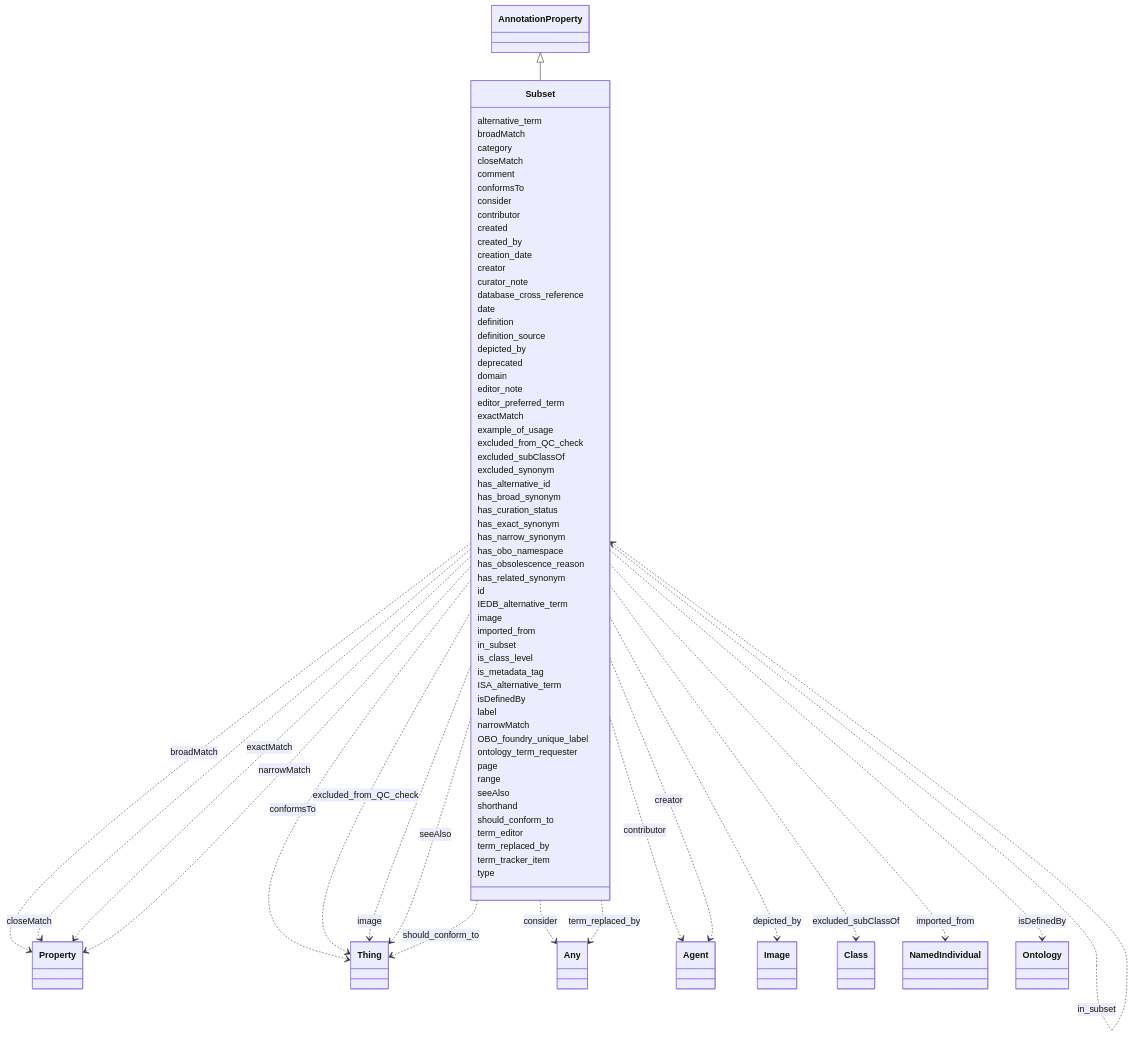
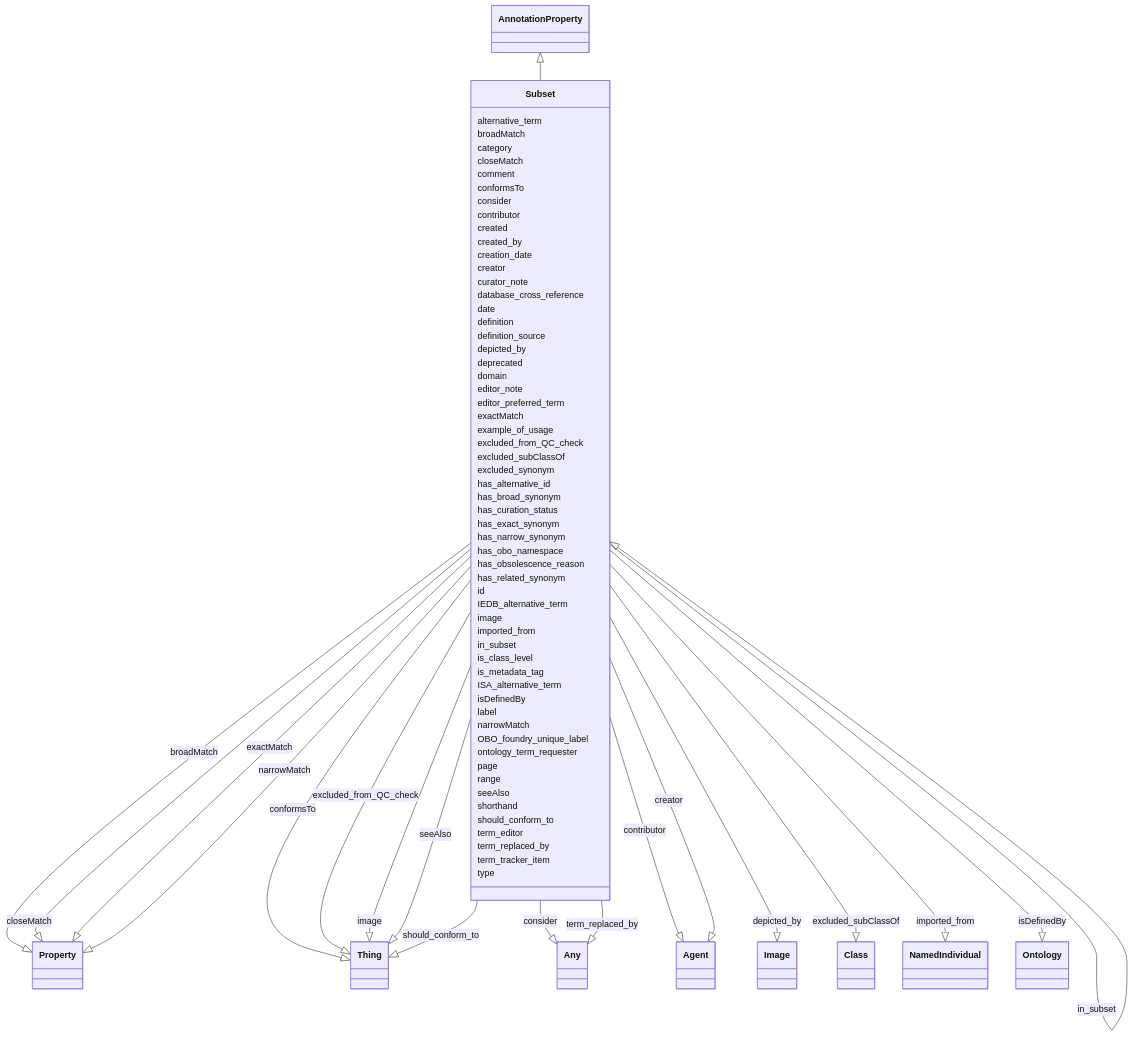
Before and after one commit to INCATools/ontology-access-kit: the diagram in ontology-metadata/Subset.md, drawn with Mermaid. The commit also changed other lines of this file and 3011 other files, not shown here.

```diff
--- a/ontology-metadata/Subset.md
+++ b/ontology-metadata/Subset.md
@@ -17,27 +20,27 @@
         
       Subset : broadMatch
         
-          Subset ..> Property : broadMatch
+          Subset --|> Property : broadMatch
         
       Subset : category
         
       Subset : closeMatch
         
-          Subset ..> Property : closeMatch
+          Subset --|> Property : closeMatch
         
       Subset : comment
         
       Subset : conformsTo
         
-          Subset ..> Thing : conformsTo
+          Subset --|> Thing : conformsTo
         
       Subset : consider
         
-          Subset ..> Any : consider
+          Subset --|> Any : consider
         
       Subset : contributor
         
-          Subset ..> Agent : contributor
+          Subset --|> Agent : contributor
         
       Subset : created
         
@@ -47,7 +50,7 @@
         
       Subset : creator
         
-          Subset ..> Agent : creator
+          Subset --|> Agent : creator
         
       Subset : curator_note
         
@@ -61,7 +64,7 @@
         
       Subset : depicted_by
         
-          Subset ..> Image : depicted_by
+          Subset --|> Image : depicted_by
         
       Subset : deprecated
         
@@ -73,17 +76,17 @@
         
       Subset : exactMatch
         
-          Subset ..> Property : exactMatch
+          Subset --|> Property : exactMatch
         
       Subset : example_of_usage
         
       Subset : excluded_from_QC_check
         
-          Subset ..> Thing : excluded_from_QC_check
+          Subset --|> Thing : excluded_from_QC_check
         
       Subset : excluded_subClassOf
         
-          Subset ..> Class : excluded_subClassOf
+          Subset --|> Class : excluded_subClassOf
         
       Subset : excluded_synonym
         
@@ -109,15 +112,15 @@
         
       Subset : image
         
-          Subset ..> Thing : image
+          Subset --|> Thing : image
         
       Subset : imported_from
         
-          Subset ..> NamedIndividual : imported_from
+          Subset --|> NamedIndividual : imported_from
         
       Subset : in_subset
         
-          Subset ..> Subset : in_subset
+          Subset --|> Subset : in_subset
         
       Subset : is_class_level
         
@@ -127,13 +130,13 @@
         
       Subset : isDefinedBy
         
-          Subset ..> Ontology : isDefinedBy
+          Subset --|> Ontology : isDefinedBy
         
       Subset : label
         
       Subset : narrowMatch
         
-          Subset ..> Property : narrowMatch
+          Subset --|> Property : narrowMatch
         
       Subset : OBO_foundry_unique_label
         
@@ -145,19 +148,19 @@
         
       Subset : seeAlso
         
-          Subset ..> Thing : seeAlso
+          Subset --|> Thing : seeAlso
         
       Subset : shorthand
         
       Subset : should_conform_to
         
-          Subset ..> Thing : should_conform_to
+          Subset --|> Thing : should_conform_to
         
       Subset : term_editor
         
       Subset : term_replaced_by
         
-          Subset ..> Any : term_replaced_by
+          Subset --|> Any : term_replaced_by
         
       Subset : term_tracker_item
         
```
